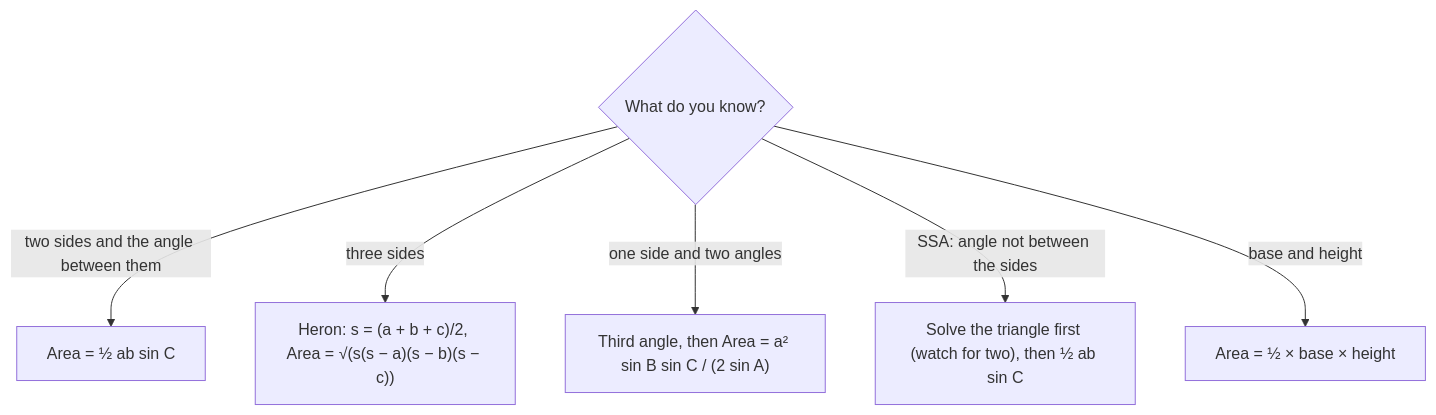
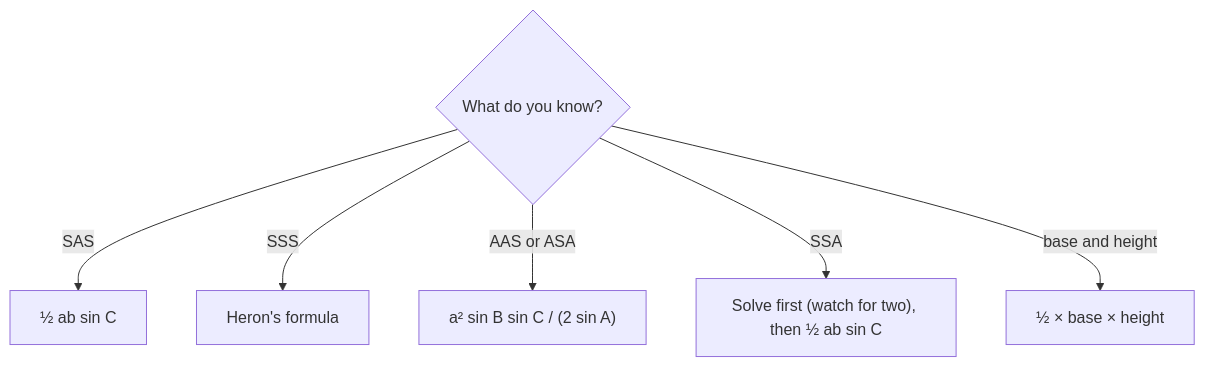
One commit to Aziliz/erudior changed the diagram in content/math/trigonometry/lessons/31-triangle-area.md. Above: the diagram before and after it, drawn with Mermaid. The commit also changed 4 other files, not shown here.

````diff
--- a/content/math/trigonometry/lessons/31-triangle-area.md
+++ b/content/math/trigonometry/lessons/31-triangle-area.md
@@ -107,11 +107,11 @@
 ```mermaid
 flowchart TD
   accTitle: Choosing a triangle area formula
-  accDescr: Start from what you know. Two sides and the angle between them: area is one half a b sin C. Three sides: Heron's formula with the semiperimeter s. One side and two angles: find the third angle, then area is a squared sin B sin C over 2 sin A. Two sides and an angle that is not between them: solve the triangle first with the law of sines, watching for two triangles, then use one half a b sin C. A base and its height: area is one half base times height.
+  accDescr: Start from what you know. SAS, two sides and the angle between them: area is one half a b sin C. SSS, three sides: Heron's formula. AAS or ASA, one side and two angles: area is a squared sin B sin C over 2 sin A, after finding the third angle. SSA, two sides and an angle that is not between them: solve the triangle first with the law of sines, watching for two triangles, then use one half a b sin C. A base and its height: area is one half base times height.
   Q{"What do you know?"}
-  Q -- "two sides and the angle between them" --> F1["Area = ½ ab sin C"]
-  Q -- "three sides" --> F2["Heron: s = (a + b + c)/2, Area = √(s(s − a)(s − b)(s − c))"]
-  Q -- "one side and two angles" --> F3["Third angle, then Area = a² sin B sin C / (2 sin A)"]
-  Q -- "SSA: angle not between the sides" --> F4["Solve the triangle first (watch for two), then ½ ab sin C"]
-  Q -- "base and height" --> F5["Area = ½ × base × height"]
+  Q -- "SAS" --> F1["½ ab sin C"]
+  Q -- "SSS" --> F2["Heron's formula"]
+  Q -- "AAS or ASA" --> F3["a² sin B sin C / (2 sin A)"]
+  Q -- "SSA" --> F4["Solve first (watch for two), then ½ ab sin C"]
+  Q -- "base and height" --> F5["½ × base × height"]
 ```
````
